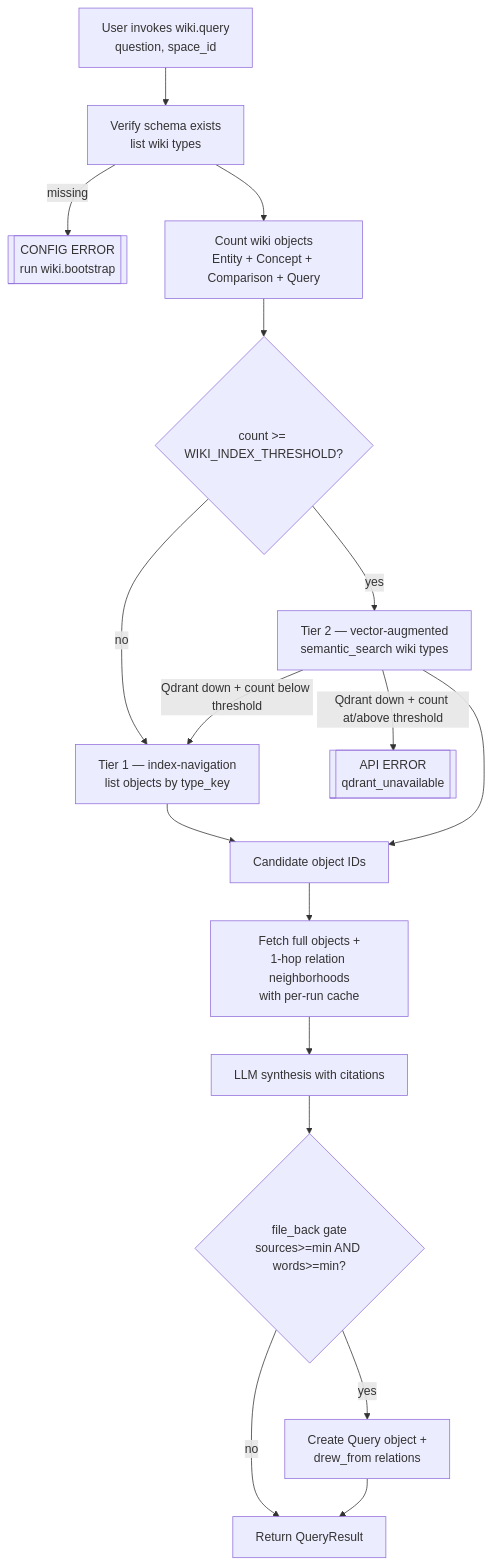
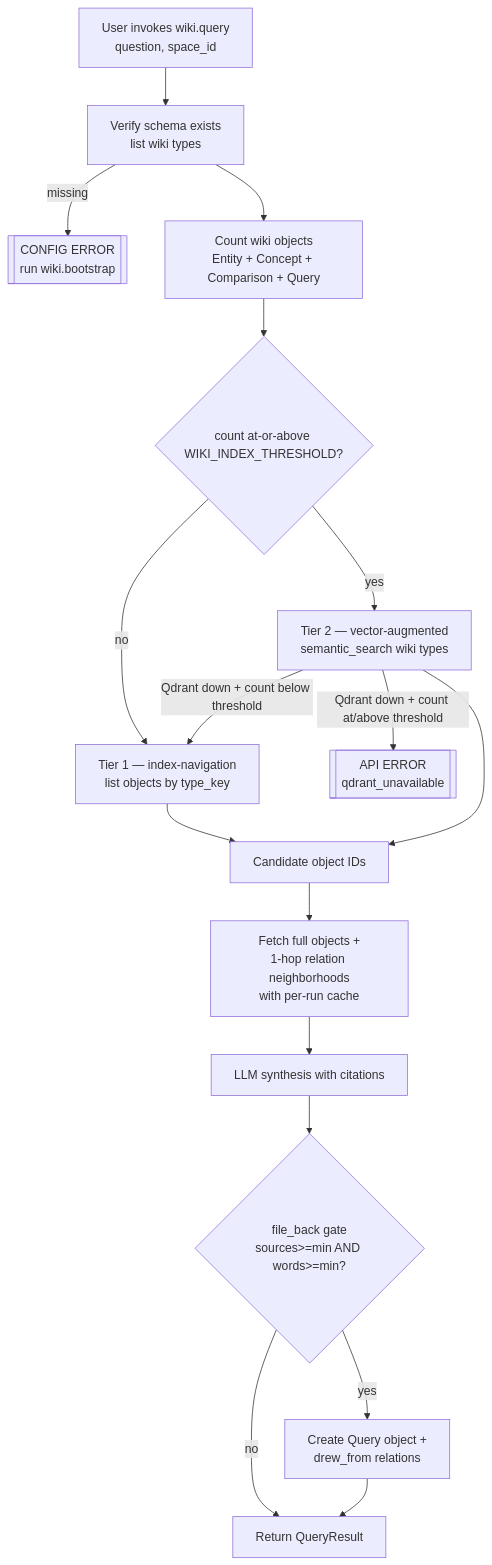
Before and after one commit to Aldeia-IT/anytype-llm-wiki: the second of 4 diagrams in .aldeia/140-wiki-library-module-port-llm-wiki-pattern-onto-any/spec.md, drawn with Mermaid. The commit also changed other lines of this file, not shown here.

First line of the commit message:
spec(140): r3 inline suggestion fixes — OQ #5 casing + mermaid edge-label hygiene

````diff
--- a/.aldeia/140-wiki-library-module-port-llm-wiki-pattern-onto-any/spec.md
+++ b/.aldeia/140-wiki-library-module-port-llm-wiki-pattern-onto-any/spec.md
@@ -453,19 +453,19 @@
 ```mermaid
 flowchart TD
     A[User invokes wiki.query<br/>question, space_id] --> B[Verify schema exists<br/>list wiki types]
     B -->|missing| B_ERR[[CONFIG ERROR<br/>run wiki.bootstrap]]
     B --> C[Count wiki objects<br/>Entity + Concept + Comparison + Query]
-    C --> D{count >= WIKI_INDEX_THRESHOLD?}
+    C --> D{count at-or-above WIKI_INDEX_THRESHOLD?}
     D -->|no| E[Tier 1 — index-navigation<br/>list objects by type_key]
     D -->|yes| F[Tier 2 — vector-augmented<br/>semantic_search wiki types]
     F -->|Qdrant down + count below threshold| E
     F -->|Qdrant down + count at/above threshold| F_ERR[[API ERROR<br/>qdrant_unavailable]]
     E --> G[Candidate object IDs]
     F --> G
     G --> H[Fetch full objects +<br/>1-hop relation neighborhoods<br/>with per-run cache]
     H --> I[LLM synthesis with citations]
     I --> J{file_back gate<br/>sources>=min AND words>=min?}
     J -->|yes| K[Create Query object +<br/>drew_from relations]
     J -->|no| L[Return QueryResult]
     K --> L
 ```
````
